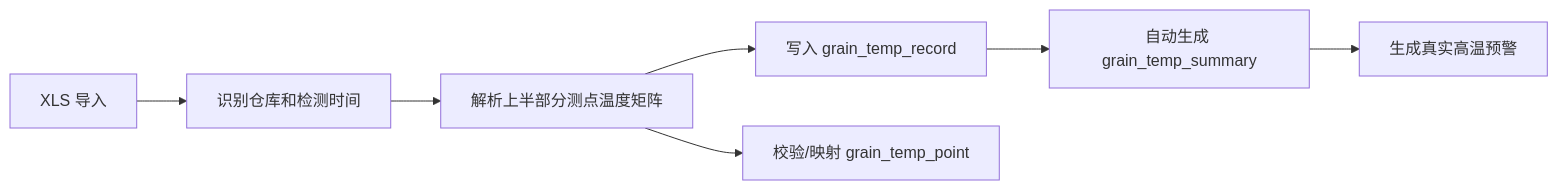
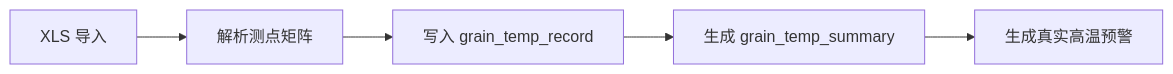
One commit to Miss-PinkElf/bs-test-01 changed the second of 4 diagrams in zzz-docs/设计文档/数据库设计-滚动预测与高温预警版.md. Above: the diagram before and after it, drawn with Mermaid. The commit also changed other lines of this file and 46 other files, not shown here.

````diff
--- a/zzz-docs/设计文档/数据库设计-滚动预测与高温预警版.md
+++ b/zzz-docs/设计文档/数据库设计-滚动预测与高温预警版.md
@@ -422,9 +336,7 @@
 ```mermaid
 flowchart LR
-    A[XLS 导入] --> B[识别仓库和检测时间]
-    B --> C[解析上半部分测点温度矩阵]
-    C --> D[写入 grain_temp_record]
-    C --> E[校验/映射 grain_temp_point]
-    D --> F[自动生成 grain_temp_summary]
-    F --> G[生成真实高温预警]
+    A[XLS 导入] --> B[解析测点矩阵]
+    B --> C[写入 grain_temp_record]
+    C --> D[生成 grain_temp_summary]
+    D --> E[生成真实高温预警]
 ```
````
